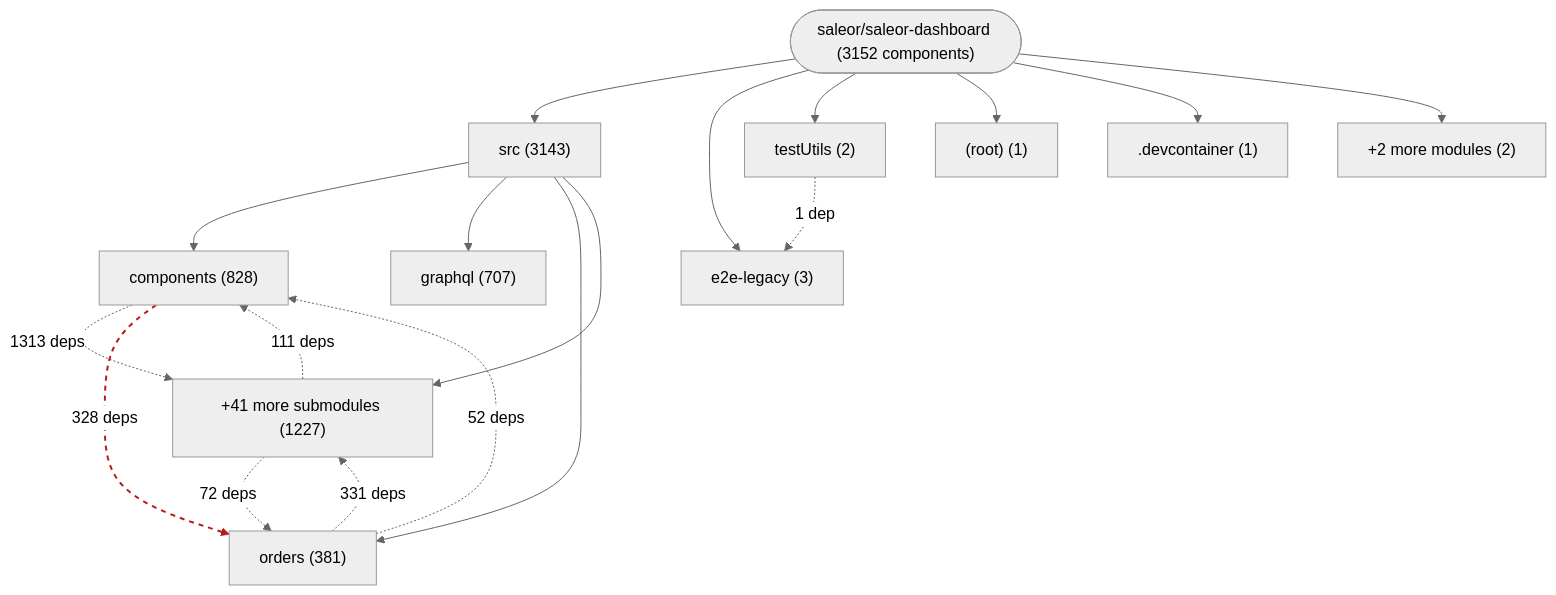
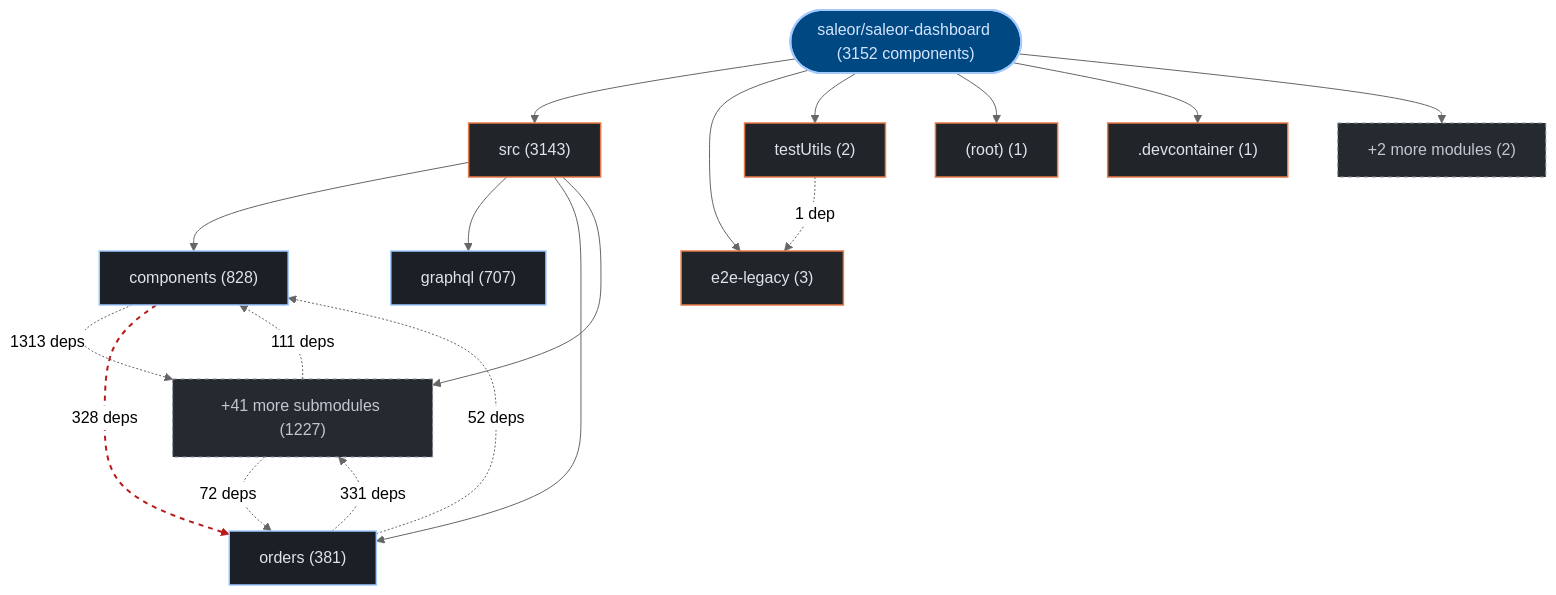
The first of 3 diagrams in exports/latest/reports/saleor-saleor-dashboard-report.md (kumarshaz/atruss-code-atlas), drawn with Mermaid (neutral theme) before and after one commit. The commit also changed other lines of this file and 331 other files, not shown here.

Commit message:
docs,ui,fix: update SDLC docs, reorder CI/CD DAG first, stylize Mermaid, and fix Arc42 pipeline topology

````diff
--- a/exports/latest/reports/saleor-saleor-dashboard-report.md
+++ b/exports/latest/reports/saleor-saleor-dashboard-report.md
@@ -42,32 +42,39 @@
 ```mermaid
 graph TD;
-    repo_root(["saleor/saleor-dashboard (3152 components)"])
-    dir_0_src["src (3143)"]
+  classDef atlasRoot fill:#004882,stroke:#a3c9ff,stroke-width:2px,color:#d3e4ff
+  classDef atlasCategory fill:#212428,stroke:#E87A48,stroke-width:1.5px,color:#dfe3eb
+  classDef atlasWorkflow fill:#1b2026,stroke:#a3c9ff,stroke-width:1.5px,color:#dfe3eb
+  classDef atlasJob fill:#171c22,stroke:#8d9199,stroke-width:1px,color:#dfe3eb
+  classDef atlasTarget fill:#005227,stroke:#8bd99b,stroke-width:1.5px,color:#a7f6b6
+  classDef atlasAlert fill:#93000a,stroke:#ffb4ab,stroke-width:1.5px,color:#ffdad6
+  classDef atlasMore fill:#252a31,stroke:#8d9199,stroke-dasharray:4 4,color:#c3c6cf
+    repo_root(["saleor/saleor-dashboard (3152 components)"]):::atlasRoot
+    dir_0_src["src (3143)"]:::atlasCategory
     repo_root --> dir_0_src
-    sub_0_0_components["components (828)"]
+    sub_0_0_components["components (828)"]:::atlasWorkflow
     dir_0_src --> sub_0_0_components
-    sub_0_1_graphql["graphql (707)"]
+    sub_0_1_graphql["graphql (707)"]:::atlasWorkflow
     dir_0_src --> sub_0_1_graphql
-    sub_0_2_orders["orders (381)"]
+    sub_0_2_orders["orders (381)"]:::atlasWorkflow
     dir_0_src --> sub_0_2_orders
-    sub_0_more["+41 more submodules (1227)"]
+    sub_0_more["+41 more submodules (1227)"]:::atlasMore
     dir_0_src --> sub_0_more
-    dir_1_e2e_legacy["e2e-legacy (3)"]
+    dir_1_e2e_legacy["e2e-legacy (3)"]:::atlasCategory
     repo_root --> dir_1_e2e_legacy
-    dir_2_testUtils["testUtils (2)"]
+    dir_2_testUtils["testUtils (2)"]:::atlasCategory
     repo_root --> dir_2_testUtils
-    dir_3__root_["(root) (1)"]
+    dir_3__root_["(root) (1)"]:::atlasCategory
     repo_root --> dir_3__root_
-    dir_4__devcontainer[".devcontainer (1)"]
+    dir_4__devcontainer[".devcontainer (1)"]:::atlasCategory
     repo_root --> dir_4__devcontainer
-    dir_other_modules["+2 more modules (2)"]
+    dir_other_modules["+2 more modules (2)"]:::atlasMore
     repo_root --> dir_other_modules
     sub_0_0_components -.->|"1313 deps"| sub_0_more
     sub_0_2_orders -.->|"331 deps"| sub_0_more
     sub_0_0_components -.->|"328 deps"| sub_0_2_orders
     sub_0_more -.->|"111 deps"| sub_0_0_components
     sub_0_more -.->|"72 deps"| sub_0_2_orders
     sub_0_2_orders -.->|"52 deps"| sub_0_0_components
     dir_2_testUtils -.->|"1 dep"| dir_1_e2e_legacy
     linkStyle 12 stroke:#ba1a1a,stroke-width:2px,stroke-dasharray: 5 5
 ```
````
